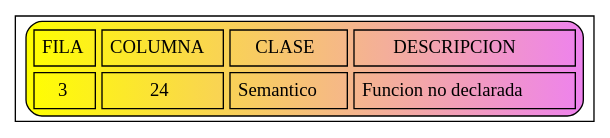
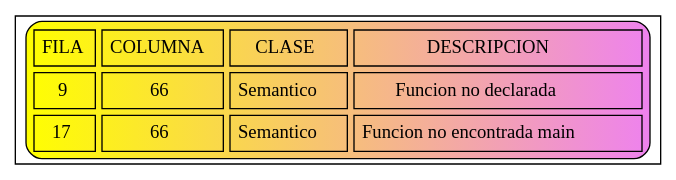
Before and after one commit to JoseMore99/OLC2_P1_201701015: the diagram in Errores.dot, drawn with Graphviz. The commit also changed 17 other files, not shown here.

```diff
--- a/Errores.dot
+++ b/Errores.dot
@@ -1,7 +1,8 @@
 digraph G{
 node [shape=record];
 a0 [label=<<TABLE border="1" cellspacing="5" cellpadding="5" style="rounded" bgcolor="yellow:violet">
 "<TR><TD>FILA</TD><TD>COLUMNA</TD><TD>CLASE</TD><TD>DESCRIPCION</TD></TR>
-<TR><TD>3</TD><TD>24</TD><TD>Semantico</TD><TD>Funcion no declarada</TD></TR>
+<TR><TD>9</TD><TD>66</TD><TD>Semantico</TD><TD>Funcion no declarada</TD></TR>
+<TR><TD>17</TD><TD>66</TD><TD>Semantico</TD><TD>Funcion no encontrada main</TD></TR>
 </TABLE>>];
 }
```
